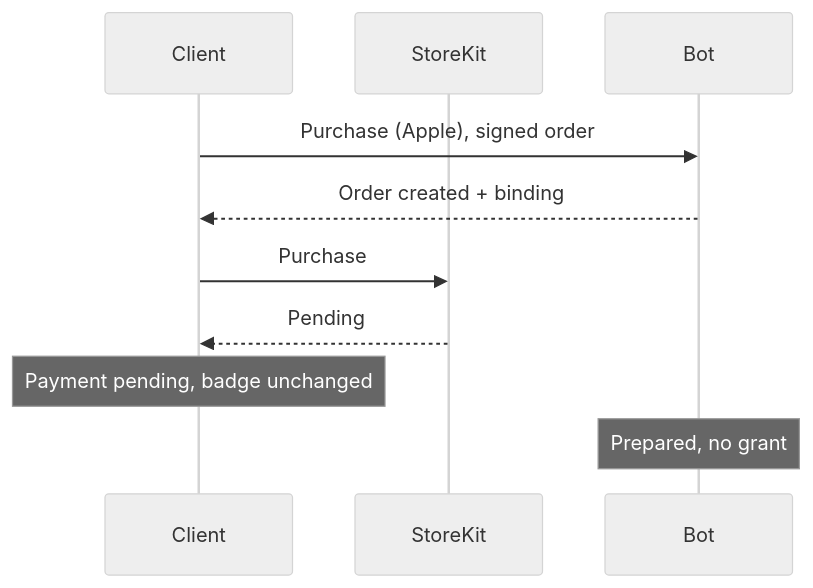
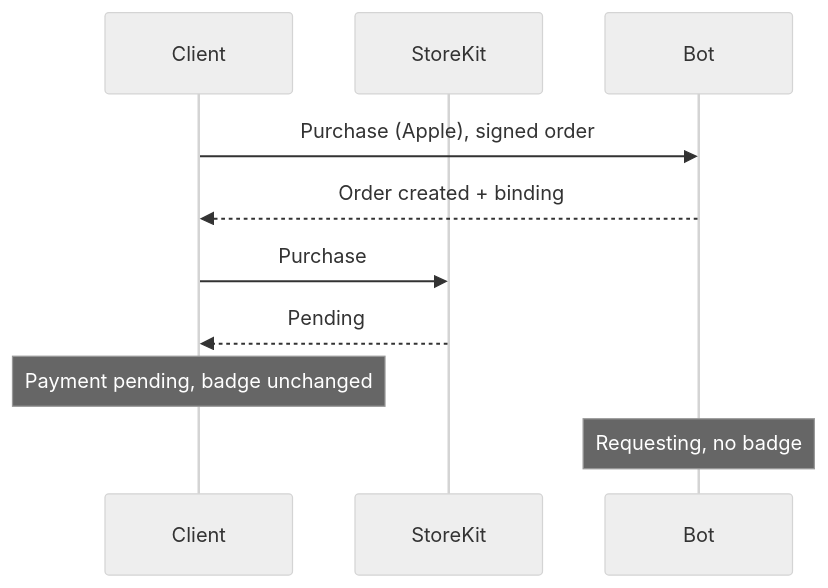
The second of 12 diagrams in plans/2026-07-20-supporter-badges-v2-product.md (simplex-chat/simplex-chat), drawn with Mermaid (neutral theme) before and after one commit. The commit also changed other lines of this file and 4 other files, not shown here.

````diff
--- a/plans/2026-07-20-supporter-badges-v2-product.md
+++ b/plans/2026-07-20-supporter-badges-v2-product.md
@@ -124,12 +122,12 @@
 ```mermaid
 sequenceDiagram
   participant C as Client
   participant A as StoreKit
   participant B as Bot
   C->>B: Purchase (Apple), signed order
   B-->>C: Order created + binding
   C->>A: Purchase
   A-->>C: Pending
   Note over C: Payment pending, badge unchanged
-  Note over B: Prepared, no grant
+  Note over B: Requesting, no badge
 ```
````
